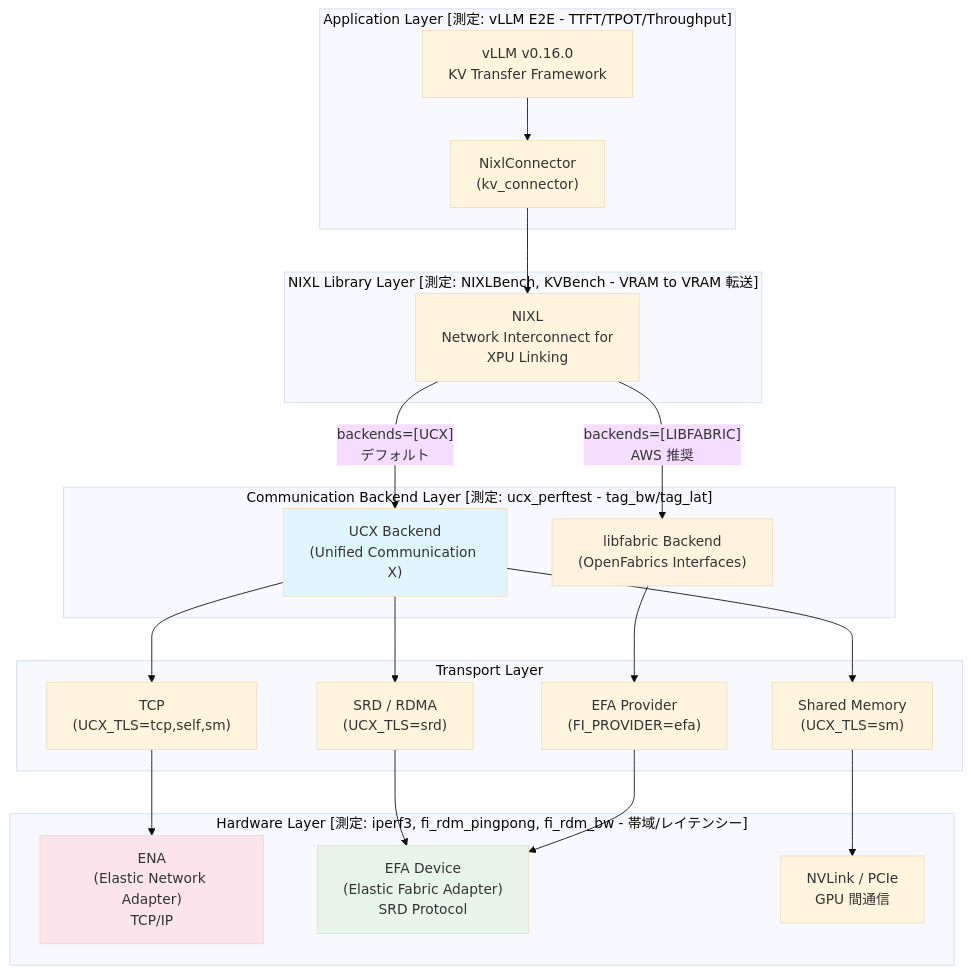
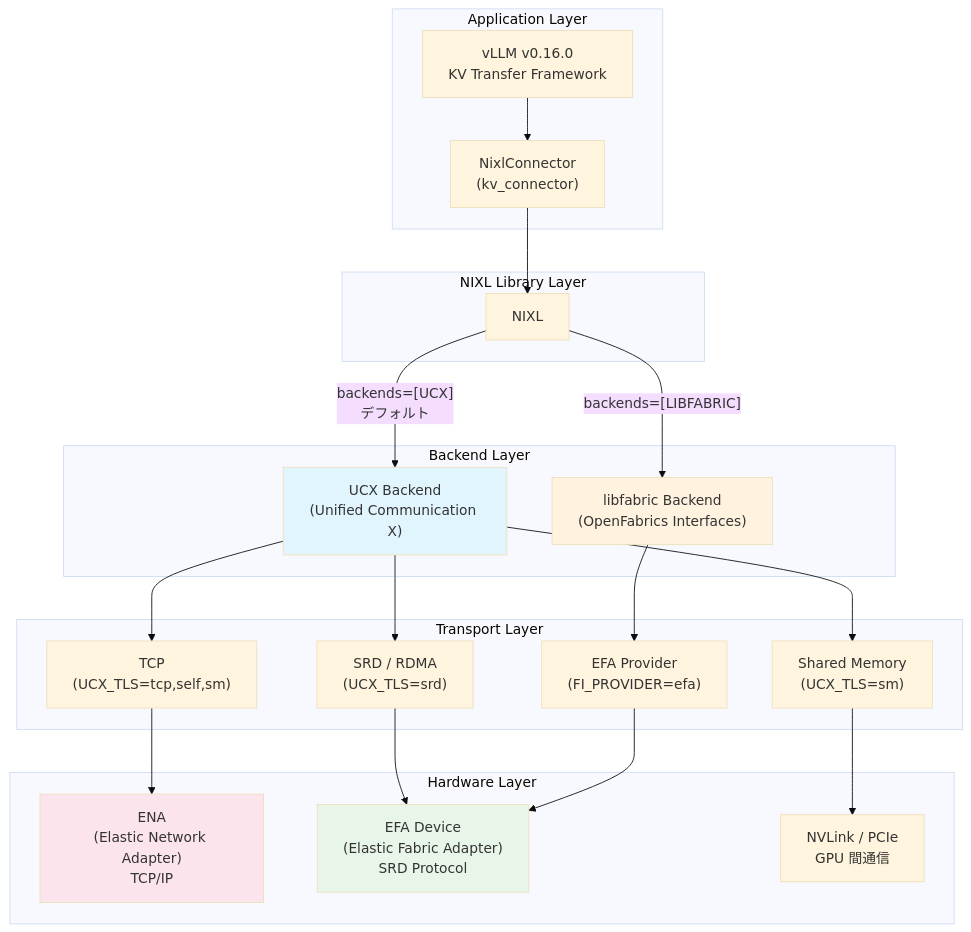
Before and after one commit to littlemex/zenn: the sixth of 15 diagrams in articles/3dd524130320d3.md, drawn with Mermaid (base theme). The commit also changed other lines of this file, not shown here.

````diff
--- a/articles/3dd524130320d3.md
+++ b/articles/3dd524130320d3.md
@@ -238,41 +228,41 @@
 ```mermaid
 graph TB
-    subgraph "Application Layer [測定: vLLM E2E - TTFT/TPOT/Throughput]"
+    subgraph "Application Layer"
         VLLM["vLLM v0.16.0<br/>KV Transfer Framework"]
         NC["NixlConnector<br/>(kv_connector)"]
         VLLM --> NC
     end
-    subgraph "NIXL Library Layer [測定: NIXLBench, KVBench - VRAM to VRAM 転送]"
-        NIXL["NIXL<br/>Network Interconnect for<br/>XPU Linking"]
+    subgraph "NIXL Library Layer"
+        NIXL["NIXL"]
         NC --> NIXL
     end
-    subgraph "Communication Backend Layer [測定: ucx_perftest - tag_bw/tag_lat]"
+    subgraph "Backend Layer"
         UCX["UCX Backend<br/>(Unified Communication X)"]
         LF["libfabric Backend<br/>(OpenFabrics Interfaces)"]
         NIXL -->|"backends=[UCX]<br/>デフォルト"| UCX
-        NIXL -->|"backends=[LIBFABRIC]<br/>AWS 推奨"| LF
+        NIXL -->|"backends=[LIBFABRIC]"| LF
     end
     subgraph "Transport Layer"
         TCP["TCP<br/>(UCX_TLS=tcp,self,sm)"]
         SRD_UCX["SRD / RDMA<br/>(UCX_TLS=srd)"]
         SM["Shared Memory<br/>(UCX_TLS=sm)"]
         EFA_LF["EFA Provider<br/>(FI_PROVIDER=efa)"]
         UCX --> TCP
         UCX --> SRD_UCX
         UCX --> SM
         LF --> EFA_LF
     end
-    subgraph "Hardware Layer [測定: iperf3, fi_rdm_pingpong, fi_rdm_bw - 帯域/レイテンシー]"
+    subgraph "Hardware Layer"
         ENA["ENA<br/>(Elastic Network Adapter)<br/>TCP/IP"]
         EFA_DEV["EFA Device<br/>(Elastic Fabric Adapter)<br/>SRD Protocol"]
         NVLINK["NVLink / PCIe<br/>GPU 間通信"]
         TCP --> ENA
         SRD_UCX --> EFA_DEV
         SM --> NVLINK
         EFA_LF --> EFA_DEV
     end
     style UCX fill: #e1f5fe
     style LF fill: #fff3e0
     style EFA_DEV fill: #e8f5e9
     style ENA fill: #fce4ec
 ```
````
